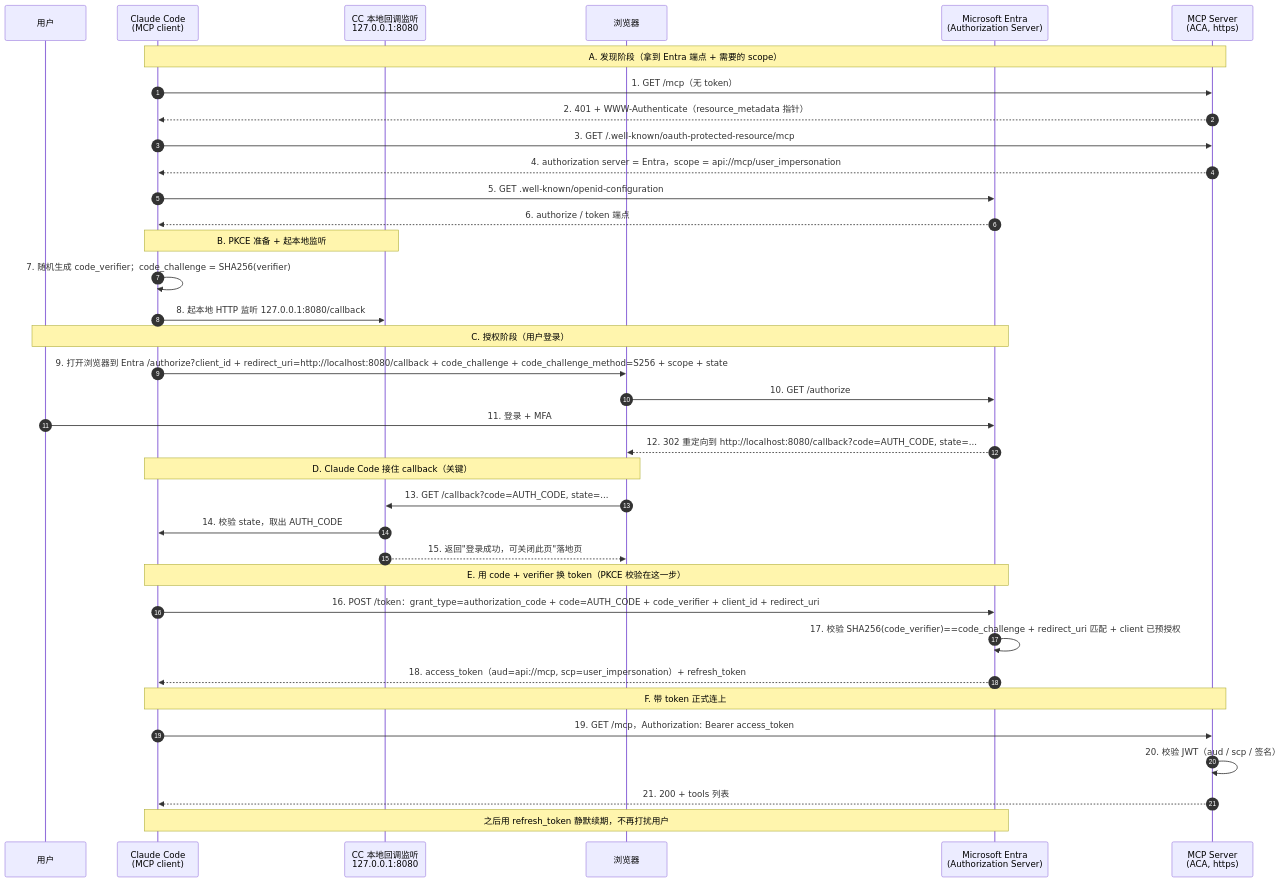
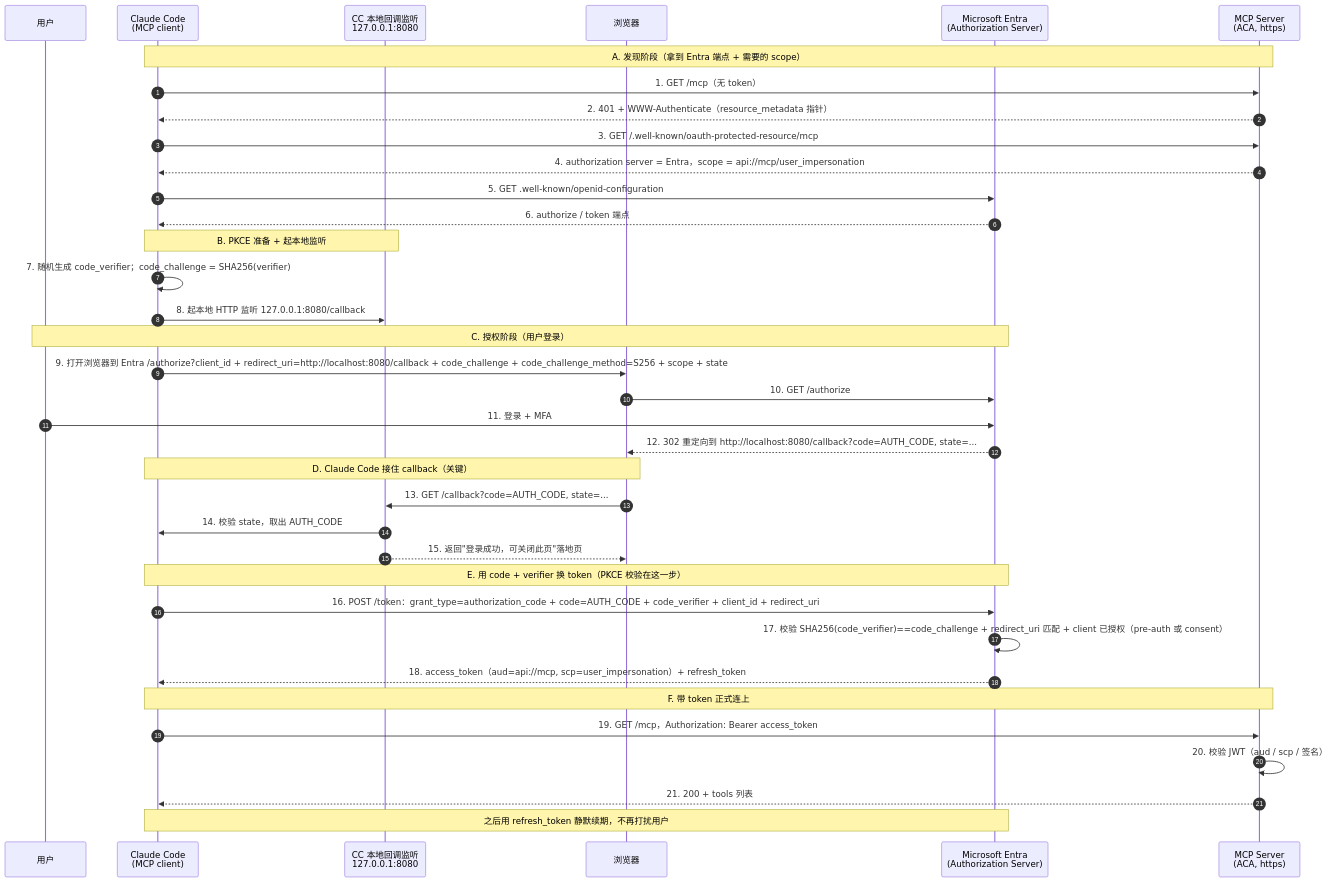
One commit to JumpBearCode/identity-aware-mcp changed the diagram in docs/MCP-自定义Client接入-Entra与各Agent客户端支持对比.md. Above: the diagram before and after it, drawn with Mermaid. The commit also changed other lines of this file and 1 other file, not shown here.

````diff
--- a/docs/MCP-自定义Client接入-Entra与各Agent客户端支持对比.md
+++ b/docs/MCP-自定义Client接入-Entra与各Agent客户端支持对比.md
@@ -93,44 +112,44 @@
 ```mermaid
 sequenceDiagram
     autonumber
     participant U as 用户
     participant CC as Claude Code<br/>(MCP client)
     participant LL as CC 本地回调监听<br/>127.0.0.1:8080
     participant B as 浏览器
     participant E as Microsoft Entra<br/>(Authorization Server)
     participant M as MCP Server<br/>(ACA, https)
 
     Note over CC,M: A. 发现阶段（拿到 Entra 端点 + 需要的 scope）
     CC->>M: 1. GET /mcp（无 token）
     M-->>CC: 2. 401 + WWW-Authenticate（resource_metadata 指针）
     CC->>M: 3. GET /.well-known/oauth-protected-resource/mcp
     M-->>CC: 4. authorization server = Entra，scope = api://mcp/user_impersonation
     CC->>E: 5. GET .well-known/openid-configuration
     E-->>CC: 6. authorize / token 端点
 
     Note over CC,LL: B. PKCE 准备 + 起本地监听
     CC->>CC: 7. 随机生成 code_verifier；code_challenge = SHA256(verifier)
     CC->>LL: 8. 起本地 HTTP 监听 127.0.0.1:8080/callback
 
     Note over U,E: C. 授权阶段（用户登录）
     CC->>B: 9. 打开浏览器到 Entra /authorize?client_id + redirect_uri=http://localhost:8080/callback + code_challenge + code_challenge_method=S256 + scope + state
     B->>E: 10. GET /authorize
     U->>E: 11. 登录 + MFA
     E-->>B: 12. 302 重定向到 http://localhost:8080/callback?code=AUTH_CODE, state=...
 
     Note over B,CC: D. Claude Code 接住 callback（关键）
     B->>LL: 13. GET /callback?code=AUTH_CODE, state=...
     LL->>CC: 14. 校验 state，取出 AUTH_CODE
     LL-->>B: 15. 返回"登录成功，可关闭此页"落地页
 
     Note over CC,E: E. 用 code + verifier 换 token（PKCE 校验在这一步）
     CC->>E: 16. POST /token：grant_type=authorization_code + code=AUTH_CODE + code_verifier + client_id + redirect_uri
-    E->>E: 17. 校验 SHA256(code_verifier)==code_challenge + redirect_uri 匹配 + client 已预授权
+    E->>E: 17. 校验 SHA256(code_verifier)==code_challenge + redirect_uri 匹配 + client 已授权（pre-auth 或 consent）
     E-->>CC: 18. access_token（aud=api://mcp, scp=user_impersonation）+ refresh_token
 
     Note over CC,M: F. 带 token 正式连上
     CC->>M: 19. GET /mcp，Authorization: Bearer access_token
     M->>M: 20. 校验 JWT（aud / scp / 签名）
     M-->>CC: 21. 200 + tools 列表
     Note over CC,E: 之后用 refresh_token 静默续期，不再打扰用户
 ```
````
